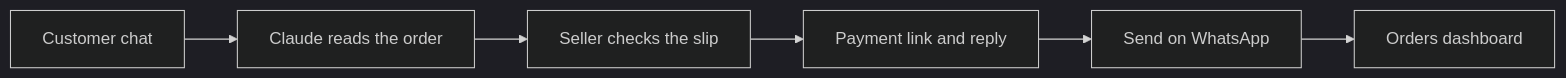
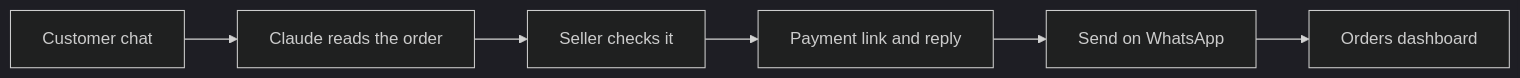
The diagram in README.md (Aman-Tripathi27/chat-to-pay), drawn with Mermaid (dark theme) before and after one commit. The commit also changed other lines of this file and 5 other files, not shown here.

````diff
--- a/README.md
+++ b/README.md
@@ -20,8 +42,8 @@
 ```mermaid
 flowchart LR
     A[Customer chat] --> B[Claude reads the order]
-    B --> C[Seller checks the slip]
+    B --> C[Seller checks it]
     C --> D[Payment link and reply]
     D --> E[Send on WhatsApp]
     E --> F[Orders dashboard]
 ```
````
